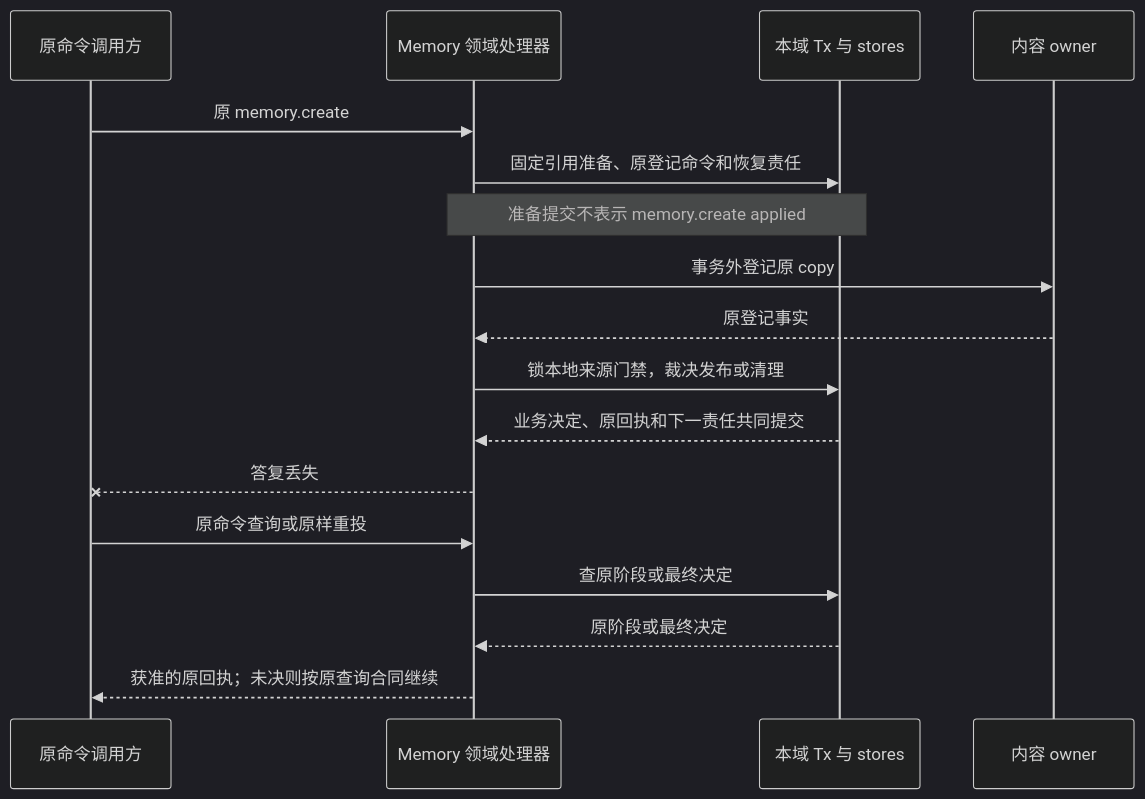
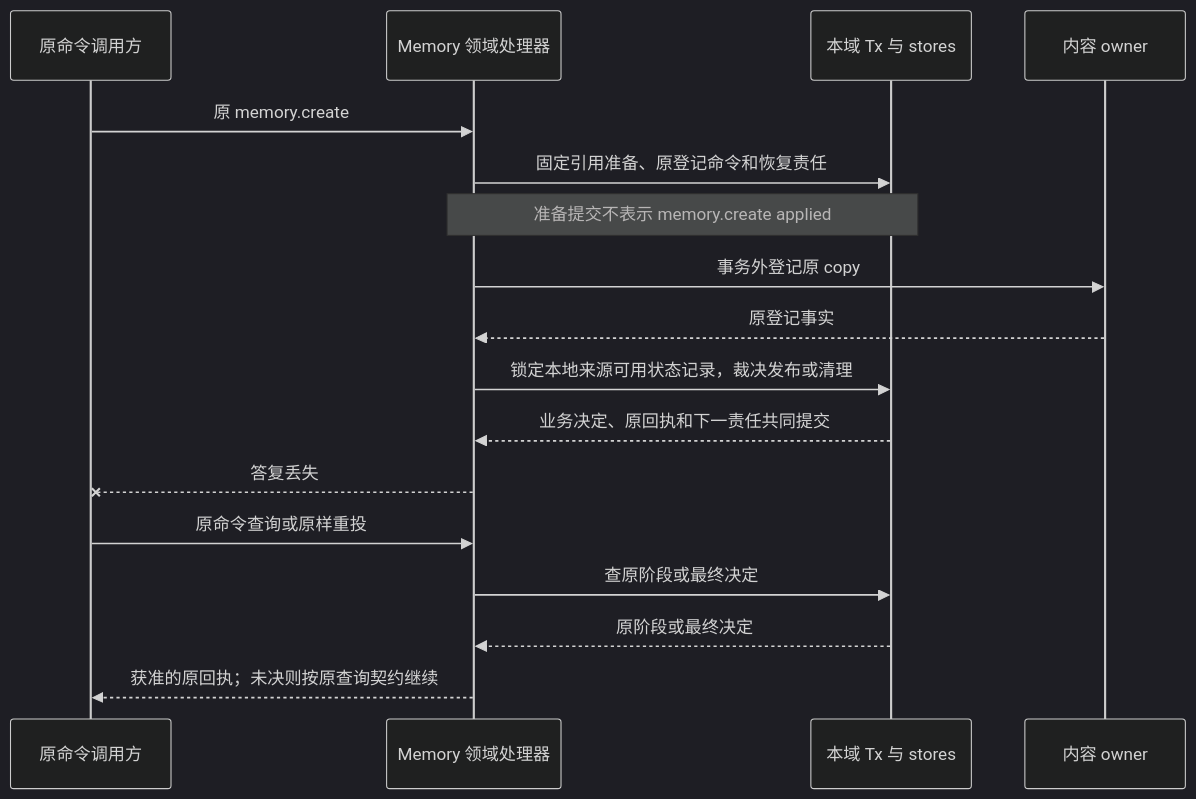
One commit to ruipengliu/lerna changed the second of 4 diagrams in docs/architecture/reliable-work.md. Above: the diagram before and after it, drawn with Mermaid (dark theme). The commit also changed other lines of this file and 205 other files, not shown here.

Commit message:
docs: unify architecture terminology

````diff
--- a/docs/architecture/reliable-work.md
+++ b/docs/architecture/reliable-work.md
@@ -98,19 +98,19 @@
 ```mermaid
 sequenceDiagram
     participant U as 原命令调用方
     participant M as Memory 领域处理器
     participant S as 本域 Tx 与 stores
     participant C as 内容 owner
     U->>M: 原 memory.create
     M->>S: 固定引用准备、原登记命令和恢复责任
     Note over M,S: 准备提交不表示 memory.create applied
     M->>C: 事务外登记原 copy
     C-->>M: 原登记事实
-    M->>S: 锁本地来源门禁，裁决发布或清理
+    M->>S: 锁定本地来源可用状态记录，裁决发布或清理
     S-->>M: 业务决定、原回执和下一责任共同提交
     M--xU: 答复丢失
     U->>M: 原命令查询或原样重投
     M->>S: 查原阶段或最终决定
     S-->>M: 原阶段或最终决定
-    M-->>U: 获准的原回执；未决则按原查询合同继续
+    M-->>U: 获准的原回执；未决则按原查询契约继续
 ```
````
